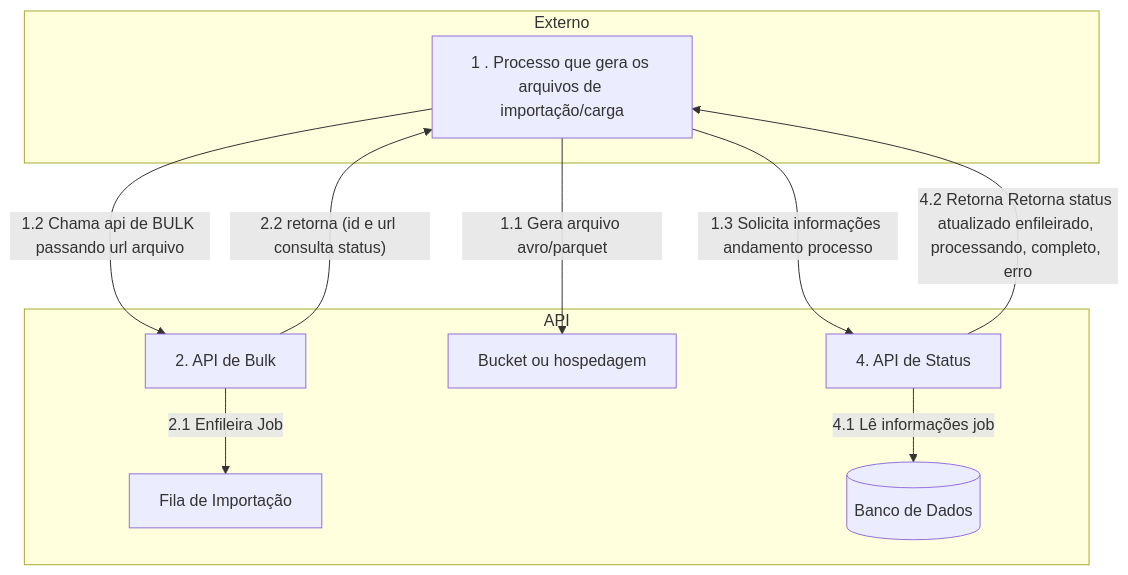
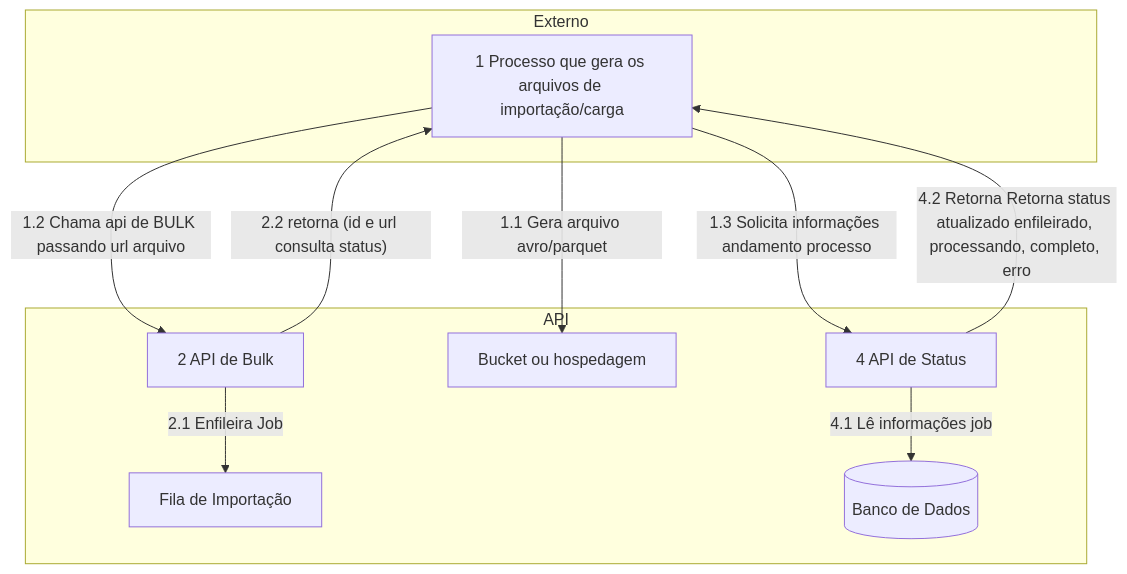
One commit to keysonmota/drafts changed the first of 2 diagrams in docs/arquitetura.md. Above: the diagram before and after it, drawn with Mermaid. The commit also changed other lines of this file and 2 other files, not shown here.

````diff
--- a/docs/arquitetura.md
+++ b/docs/arquitetura.md
@@ -9,35 +9,35 @@
 ``` mermaid
 flowchart TD
-    CLIENT[ 1 . Processo que gera os arquivos de importação/carga]
-    API_ENF[2. API de Bulk]
+    CLIENT[1 Processo que gera os arquivos de importação/carga]
+    API_ENF[2 API de Bulk]
     QUEUE_IMP[Fila de Importação]
     BUCKET[Bucket ou hospedagem]
     BDWEB[(Banco de Dados)]
-    API_STATS[4. API de Status]
+    API_STATS[4 API de Status]
 
     CLIENT --> | 1.1 Gera arquivo avro/parquet| BUCKET
 
     CLIENT --> |1.2 Chama api de BULK passando url arquivo| API_ENF
 
     API_ENF --> |2.1 Enfileira Job| QUEUE_IMP
 
     API_ENF -->|"2.2 retorna (id e url consulta status)"| CLIENT
 
     CLIENT -->| 1.3 Solicita informações andamento processo| API_STATS
 
     API_STATS -->| 4.1 Lê informações job | BDWEB
 
     API_STATS -->| 4.2 Retorna Retorna status atualizado enfileirado, processando, completo, erro | CLIENT
 
     subgraph API
         API_ENF
         QUEUE_IMP
         API_STATS
         BUCKET
         BDWEB
     end
 
     subgraph Externo
         CLIENT
     end
 ```
````
